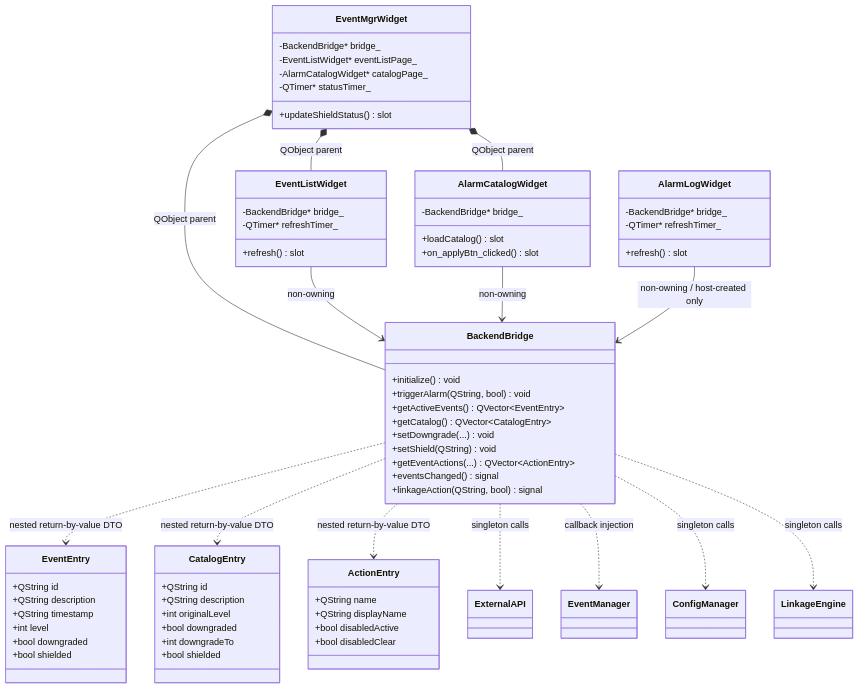
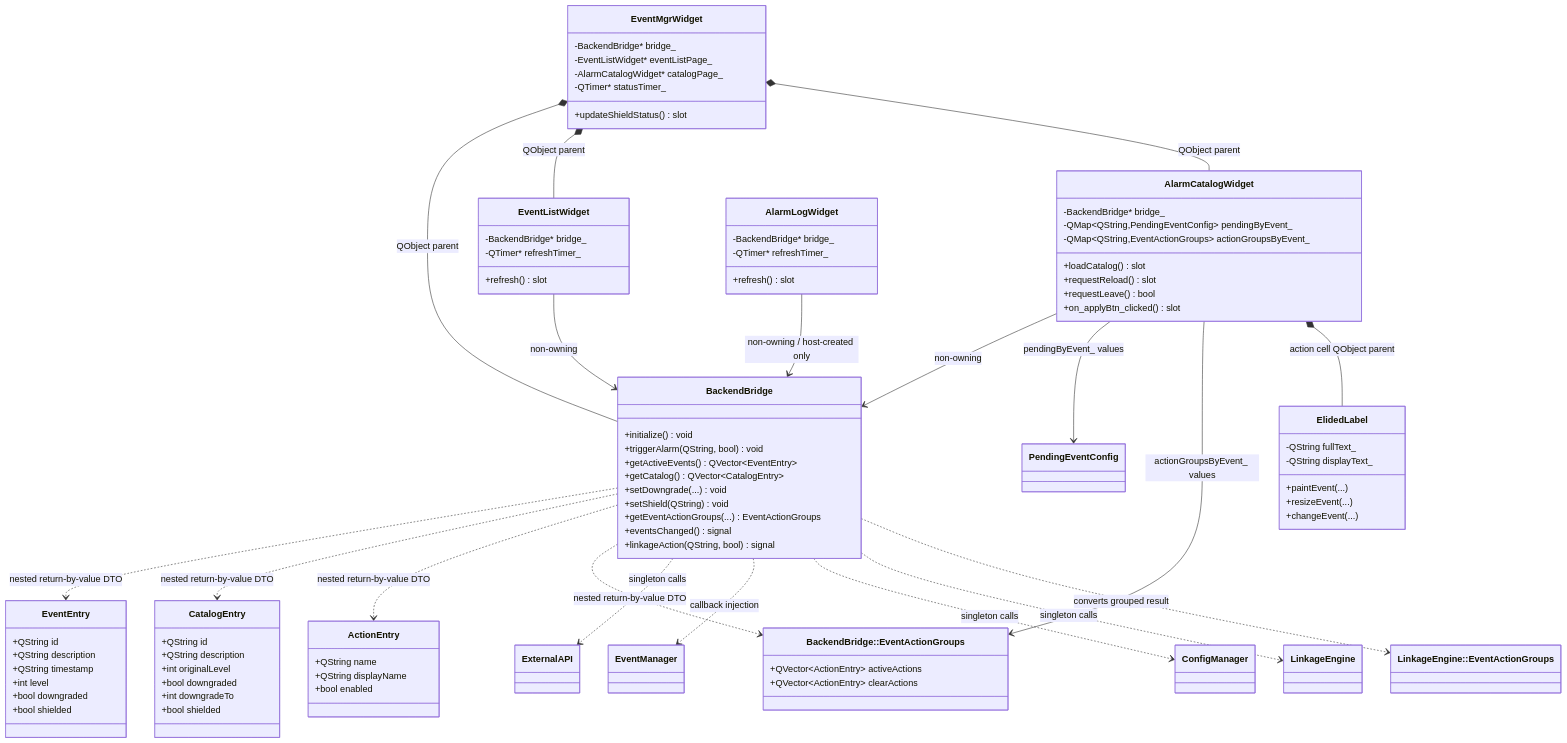
Before and after one commit to ff-fishcodes/EventMgr: the third of 13 diagrams in docs/superpowers/specs/2026-07-21-architecture-diagrams.md, drawn with Mermaid. The commit also changed other lines of this file and 6 other files, not shown here.

Commit message:
docs: document event linkage configuration center

````diff
--- a/docs/superpowers/specs/2026-07-21-architecture-diagrams.md
+++ b/docs/superpowers/specs/2026-07-21-architecture-diagrams.md
@@ -226,7 +238,7 @@
         +getCatalog() QVector~CatalogEntry~
         +setDowngrade(...) void
         +setShield(QString) void
-        +getEventActions(...) QVector~ActionEntry~
+        +getEventActionGroups(...) EventActionGroups
         +eventsChanged() signal
         +linkageAction(QString, bool) signal
     }
@@ -249,8 +261,11 @@
     class ActionEntry {
         +QString name
         +QString displayName
-        +bool disabledActive
-        +bool disabledClear
+        +bool enabled
+    }
+    class BridgeEventActionGroups["BackendBridge::EventActionGroups"] {
+        +QVector~ActionEntry~ activeActions
+        +QVector~ActionEntry~ clearActions
     }
     class EventMgrWidget {
         -BackendBridge* bridge_
@@ -266,8 +281,20 @@
     }
     class AlarmCatalogWidget {
         -BackendBridge* bridge_
+        -QMap~QString,PendingEventConfig~ pendingByEvent_
+        -QMap~QString,EventActionGroups~ actionGroupsByEvent_
         +loadCatalog() slot
+        +requestReload() slot
+        +requestLeave() bool
         +on_applyBtn_clicked() slot
+    }
+    class PendingEventConfig
+    class ElidedLabel {
+        -QString fullText_
+        -QString displayText_
+        +paintEvent(...)
+        +resizeEvent(...)
+        +changeEvent(...)
     }
     class AlarmLogWidget {
         -BackendBridge* bridge_
@@ -278,18 +305,24 @@
     class EventManager
     class ConfigManager
     class LinkageEngine
+    class LinkageEventActionGroups["LinkageEngine::EventActionGroups"]
 
     BackendBridge ..> EventEntry : nested return-by-value DTO
     BackendBridge ..> CatalogEntry : nested return-by-value DTO
     BackendBridge ..> ActionEntry : nested return-by-value DTO
+    BackendBridge ..> BridgeEventActionGroups : nested return-by-value DTO
     BackendBridge ..> ExternalAPI : singleton calls
     BackendBridge ..> EventManager : callback injection
     BackendBridge ..> ConfigManager : singleton calls
     BackendBridge ..> LinkageEngine : singleton calls
+    BackendBridge ..> LinkageEventActionGroups : converts grouped result
     EventMgrWidget *-- BackendBridge : QObject parent
     EventMgrWidget *-- EventListWidget : QObject parent
     EventMgrWidget *-- AlarmCatalogWidget : QObject parent
     EventListWidget --> BackendBridge : non-owning
     AlarmCatalogWidget --> BackendBridge : non-owning
+    AlarmCatalogWidget --> PendingEventConfig : pendingByEvent_ values
+    AlarmCatalogWidget --> BridgeEventActionGroups : actionGroupsByEvent_ values
+    AlarmCatalogWidget *-- ElidedLabel : action cell QObject parent
     AlarmLogWidget --> BackendBridge : non-owning / host-created only
 ```
````
